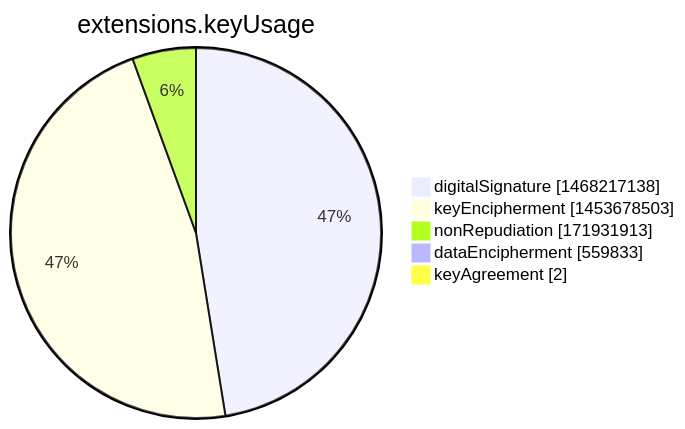
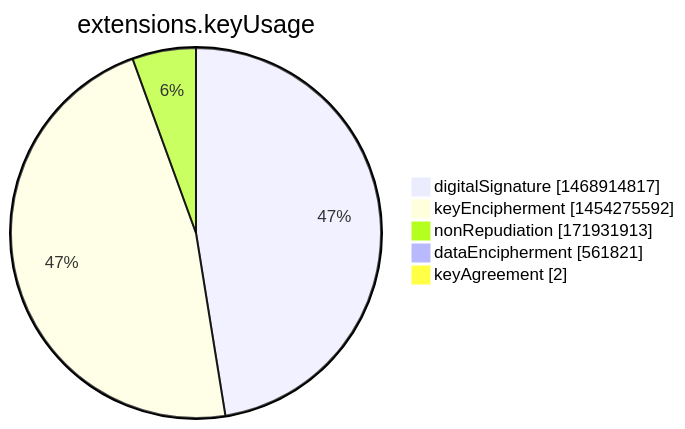
The seventh of 15 diagrams in argon2022/README.md (christiankrug/ctmonitor_visualization), drawn with Mermaid before and after one commit. The commit also changed other lines of this file, not shown here.

````diff
--- a/argon2022/README.md
+++ b/argon2022/README.md
@@ -2751,9 +2751,9 @@
 ```mermaid
 pie showData
 title extensions.keyUsage
-"digitalSignature" :1468217138
-"keyEncipherment" :1453678503
+"digitalSignature" :1468914817
+"keyEncipherment" :1454275592
 "nonRepudiation" :171931913
-"dataEncipherment" :559833
+"dataEncipherment" :561821
 "keyAgreement" :2
 ```
````
